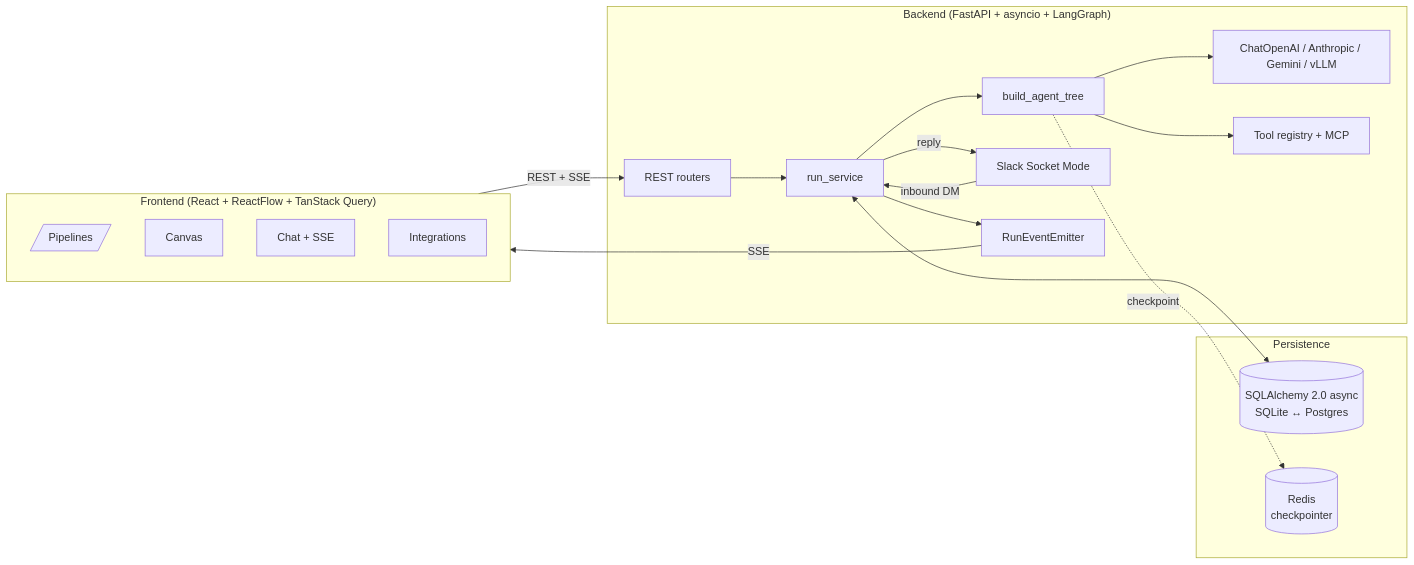
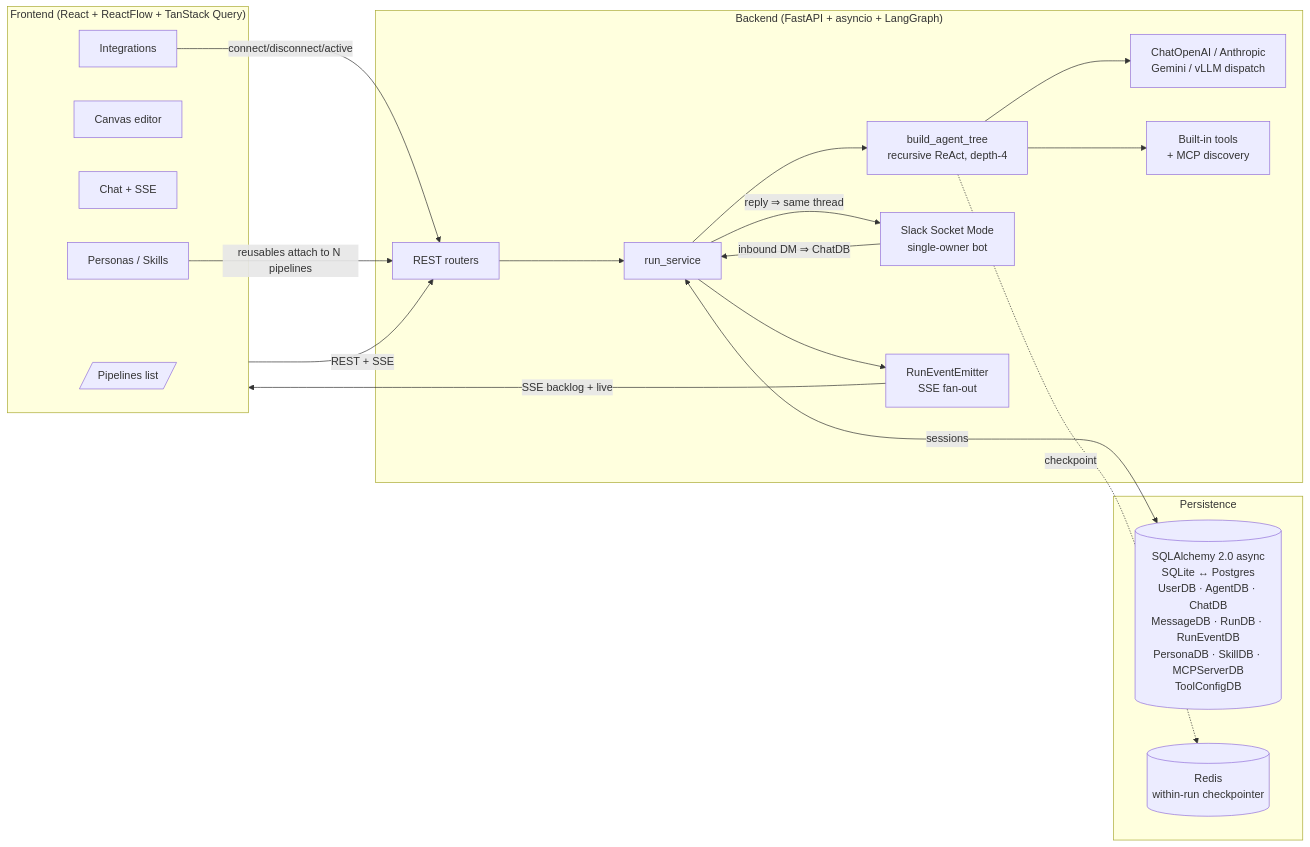
One commit to deshwalmahesh/open-agent-orchestrator changed the first of 2 diagrams in README.md. Above: the diagram before and after it, drawn with Mermaid. The commit also changed other lines of this file and 10 other files, not shown here.

First line of the commit message:
debloat + UX fixes; README enriched with data-model diagram

````diff
--- a/README.md
+++ b/README.md
@@ -90,33 +92,36 @@
 ```mermaid
 flowchart LR
   subgraph FE["Frontend (React + ReactFlow + TanStack Query)"]
-    PG[/Pipelines/]
-    CV[Canvas]
+    PG[/Pipelines list/]
+    CV[Canvas editor]
     CH[Chat + SSE]
     IN[Integrations]
+    PS[Personas / Skills]
   end
 
   subgraph BE["Backend (FastAPI + asyncio + LangGraph)"]
     API[REST routers]
     RS[run_service]
-    BA[build_agent_tree]
-    LL[ChatOpenAI / Anthropic / Gemini / vLLM]
-    TR[Tool registry + MCP]
-    SL[Slack Socket Mode]
-    EM[RunEventEmitter]
+    BA[build_agent_tree<br/>recursive ReAct, depth-4]
+    LL[ChatOpenAI / Anthropic<br/>Gemini / vLLM dispatch]
+    TR[Built-in tools<br/>+ MCP discovery]
+    SL[Slack Socket Mode<br/>single-owner bot]
+    EM[RunEventEmitter<br/>SSE fan-out]
   end
 
   subgraph DATA["Persistence"]
-    DB[(SQLAlchemy 2.0 async\nSQLite ↔ Postgres)]
-    RD[(Redis\ncheckpointer)]
+    DB[("SQLAlchemy 2.0 async<br/>SQLite ↔ Postgres<br/>UserDB · AgentDB · ChatDB<br/>MessageDB · RunDB · RunEventDB<br/>PersonaDB · SkillDB · MCPServerDB<br/>ToolConfigDB")]
+    RD[(Redis<br/>within-run checkpointer)]
   end
 
   FE -->|REST + SSE| API
   API --> RS --> BA --> LL
   BA --> TR
-  RS <--> DB
-  RS --> EM -->|SSE| FE
-  SL -->|inbound DM| RS
-  RS -->|reply| SL
+  RS <-->|sessions| DB
+  RS --> EM -->|SSE backlog + live| FE
+  SL -->|inbound DM ⇒ ChatDB| RS
+  RS -->|reply ⇒ same thread| SL
   BA -.checkpoint.-> RD
+  IN -->|connect/disconnect/active| API
+  PS -->|reusables attach to N pipelines| API
 ```
````
